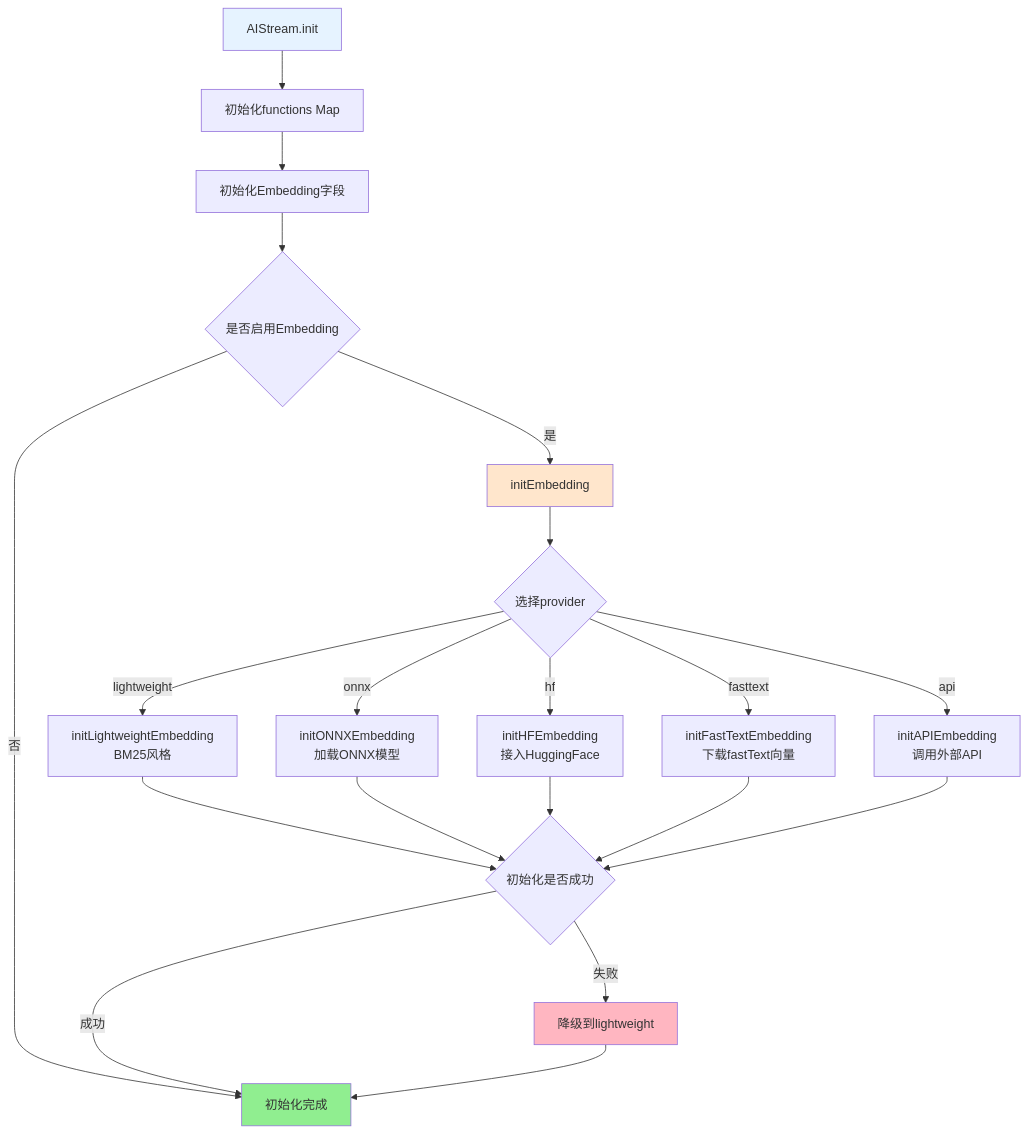
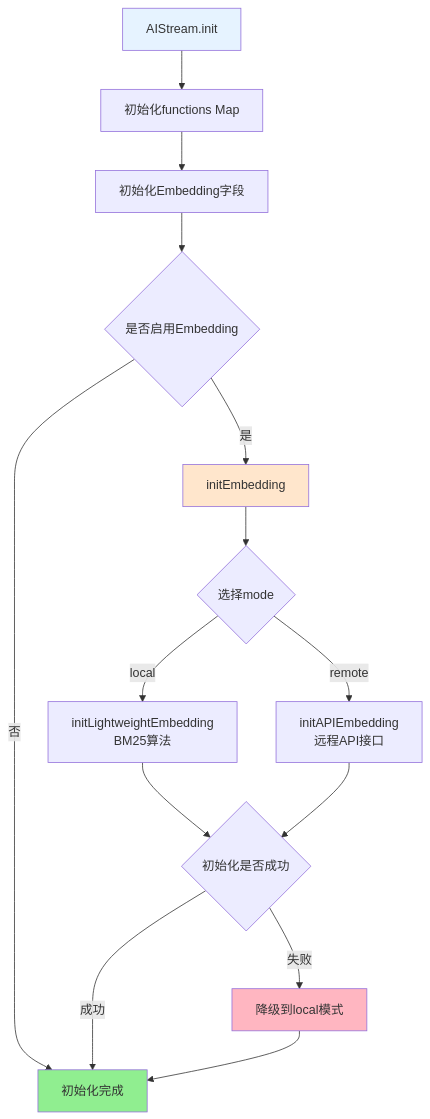
Before and after one commit to sunflowermm/XRK-AGT: the second of 4 diagrams in docs/aistream.md, drawn with Mermaid. The commit also changed other lines of this file and 13 other files, not shown here.

````diff
--- a/docs/aistream.md
+++ b/docs/aistream.md
@@ -255,27 +222,21 @@
 ```mermaid
 flowchart TB
     A["AIStream.init"] --> B["初始化functions Map"]
     B --> C["初始化Embedding字段"]
     C --> D{"是否启用Embedding"}
     D -->|是| E["initEmbedding"]
     D -->|否| F["初始化完成"]
-    E --> G{"选择provider"}
-    G -->|lightweight| H["initLightweightEmbedding<br/>BM25风格"]
-    G -->|onnx| I["initONNXEmbedding<br/>加载ONNX模型"]
-    G -->|hf| J["initHFEmbedding<br/>接入HuggingFace"]
-    G -->|fasttext| K["initFastTextEmbedding<br/>下载fastText向量"]
-    G -->|api| L["initAPIEmbedding<br/>调用外部API"]
-    H --> M{"初始化是否成功"}
-    I --> M
-    J --> M
-    K --> M
-    L --> M
-    M -->|失败| N["降级到lightweight"]
-    M -->|成功| F
-    N --> F
+    E --> G{"选择mode"}
+    G -->|local| H["initLightweightEmbedding<br/>BM25算法"]
+    G -->|remote| I["initAPIEmbedding<br/>远程API接口"]
+    H --> J{"初始化是否成功"}
+    I --> J
+    J -->|失败| K["降级到local模式"]
+    J -->|成功| F
+    K --> F
     
     style A fill:#E6F3FF
     style E fill:#FFE6CC
     style F fill:#90EE90
-    style N fill:#FFB6C1
+    style K fill:#FFB6C1
 ```
````
